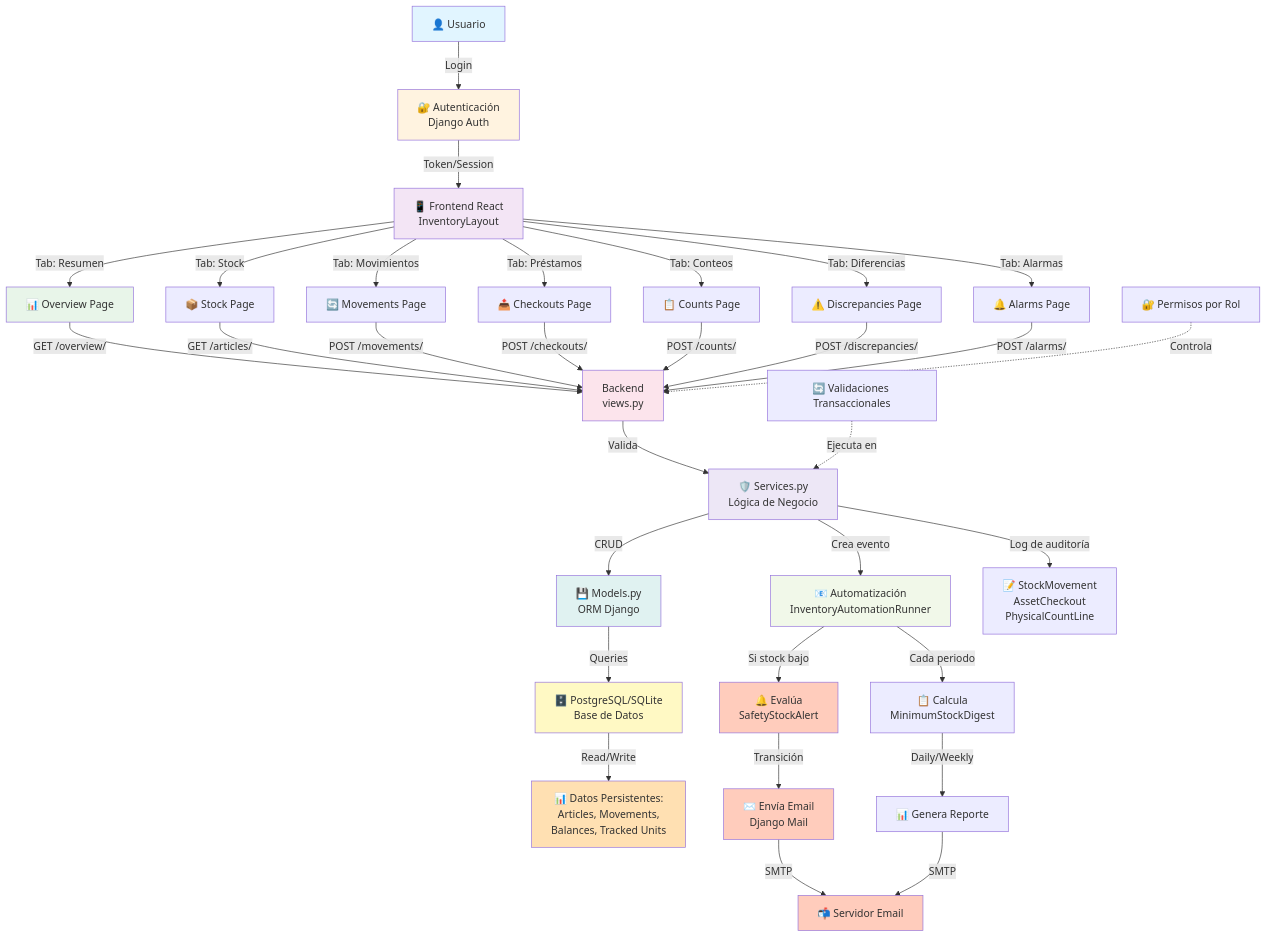
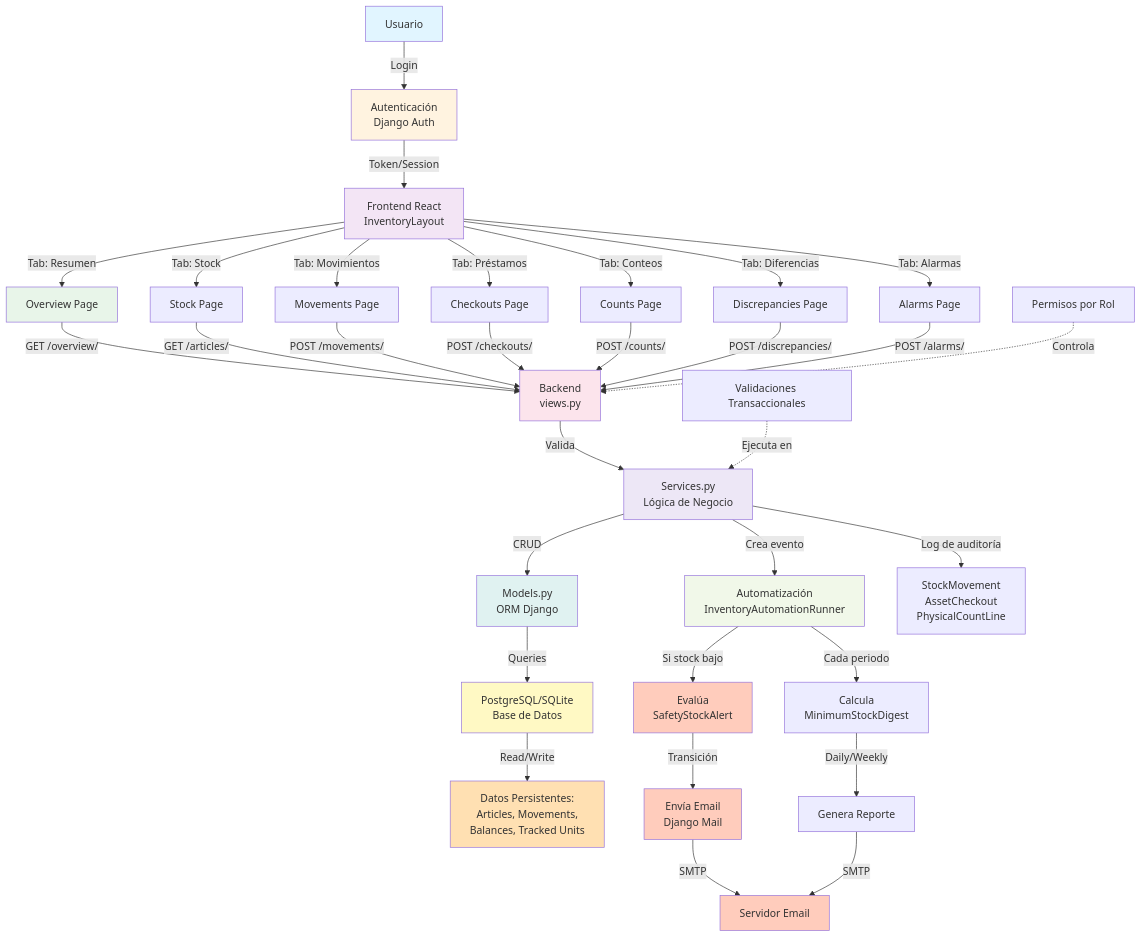
Before and after one commit to MarcosReyero/WORM-ERP: the diagram in docs/01_flujo_general.md, drawn with Mermaid. The commit also changed other lines of this file and 12 other files, not shown here.

Commit message:
Refactor documentation for inventory system: update diagrams and descriptions

````diff
--- a/docs/01_flujo_general.md
+++ b/docs/01_flujo_general.md
@@ -7,58 +7,58 @@
 ```mermaid
 ---
 id: 7f29e6bf-9e2a-427f-8cc0-7cf0ea5ff421
 ---
 graph TD
-    A["👤 Usuario"] -->|Login| B["🔐 Autenticación<br/>Django Auth"]
-    B -->|Token/Session| C["📱 Frontend React<br/>InventoryLayout"]
-    
-    C -->|Tab: Resumen| D["📊 Overview Page"]
-    C -->|Tab: Stock| E["📦 Stock Page"]
-    C -->|Tab: Movimientos| F["🔄 Movements Page"]
-    C -->|Tab: Préstamos| G["📤 Checkouts Page"]
-    C -->|Tab: Conteos| H["📋 Counts Page"]
-    C -->|Tab: Diferencias| I["⚠️ Discrepancies Page"]
-    C -->|Tab: Alarmas| J["🔔 Alarms Page"]
-    
+    A[" Usuario"] -->|Login| B[" Autenticación<br/>Django Auth"]
+    B -->|Token/Session| C[" Frontend React<br/>InventoryLayout"]
+
+    C -->|Tab: Resumen| D[" Overview Page"]
+    C -->|Tab: Stock| E[" Stock Page"]
+    C -->|Tab: Movimientos| F[" Movements Page"]
+    C -->|Tab: Préstamos| G[" Checkouts Page"]
+    C -->|Tab: Conteos| H[" Counts Page"]
+    C -->|Tab: Diferencias| I[" Discrepancies Page"]
+    C -->|Tab: Alarmas| J[" Alarms Page"]
+
     D -->|GET /overview/| K["Backend<br/>views.py"]
     E -->|GET /articles/| K
     F -->|POST /movements/| K
     G -->|POST /checkouts/| K
     H -->|POST /counts/| K
     I -->|POST /discrepancies/| K
     J -->|POST /alarms/| K
-    
-    K -->|Valida| L["🛡️ Services.py<br/>Lógica de Negocio"]
-    L -->|CRUD| M["💾 Models.py<br/>ORM Django"]
-    M -->|Queries| N["🗄️ PostgreSQL/SQLite<br/>Base de Datos"]
-    
-    N -->|Read/Write| O["📊 Datos Persistentes:<br/>Articles, Movements,<br/>Balances, Tracked Units"]
-    
-    L -->|Crea evento| P["📧 Automatización<br/>InventoryAutomationRunner"]
-    P -->|Si stock bajo| Q["🔔 Evalúa<br/>SafetyStockAlert"]
-    Q -->|Transición| R["✉️ Envía Email<br/>Django Mail"]
-    R -->|SMTP| S["📬 Servidor Email"]
-    
-    P -->|Cada periodo| T["📋 Calcula<br/>MinimumStockDigest"]
-    T -->|Daily/Weekly| U["📊 Genera Reporte"]
+
+    K -->|Valida| L[" Services.py<br/>Lógica de Negocio"]
+    L -->|CRUD| M[" Models.py<br/>ORM Django"]
+    M -->|Queries| N[" PostgreSQL/SQLite<br/>Base de Datos"]
+
+    N -->|Read/Write| O[" Datos Persistentes:<br/>Articles, Movements,<br/>Balances, Tracked Units"]
+
+    L -->|Crea evento| P[" Automatización<br/>InventoryAutomationRunner"]
+    P -->|Si stock bajo| Q[" Evalúa<br/>SafetyStockAlert"]
+    Q -->|Transición| R[" Envía Email<br/>Django Mail"]
+    R -->|SMTP| S[" Servidor Email"]
+
+    P -->|Cada periodo| T[" Calcula<br/>MinimumStockDigest"]
+    T -->|Daily/Weekly| U[" Genera Reporte"]
     U -->|SMTP| S
-    
-    L -->|Log de auditoría| V["📝 StockMovement<br/>AssetCheckout<br/>PhysicalCountLine"]
-    
-    W["🔄 Validaciones Transaccionales"] -.->|Ejecuta en| L
-    X["🔐 Permisos por Rol"] -.->|Controla| K
-    
+
+    L -->|Log de auditoría| V[" StockMovement<br/>AssetCheckout<br/>PhysicalCountLine"]
+
+    W[" Validaciones Transaccionales"] -.->|Ejecuta en| L
+    X[" Permisos por Rol"] -.->|Controla| K
+
     style A fill:#e1f5ff
     style B fill:#fff3e0
     style C fill:#f3e5f5
     style D fill:#e8f5e9
     style K fill:#fce4ec
     style L fill:#ede7f6
     style M fill:#e0f2f1
     style N fill:#fff9c4
     style O fill:#ffe0b2
     style P fill:#f1f8e9
     style Q fill:#ffccbc
     style R fill:#ffccbc
     style S fill:#ffccbc
 ```
````
